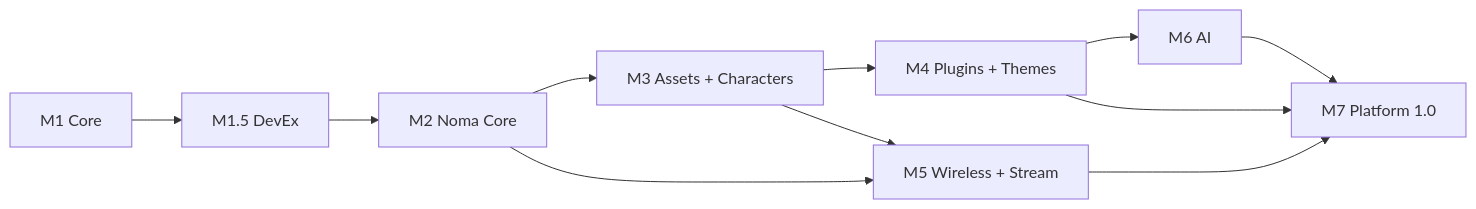
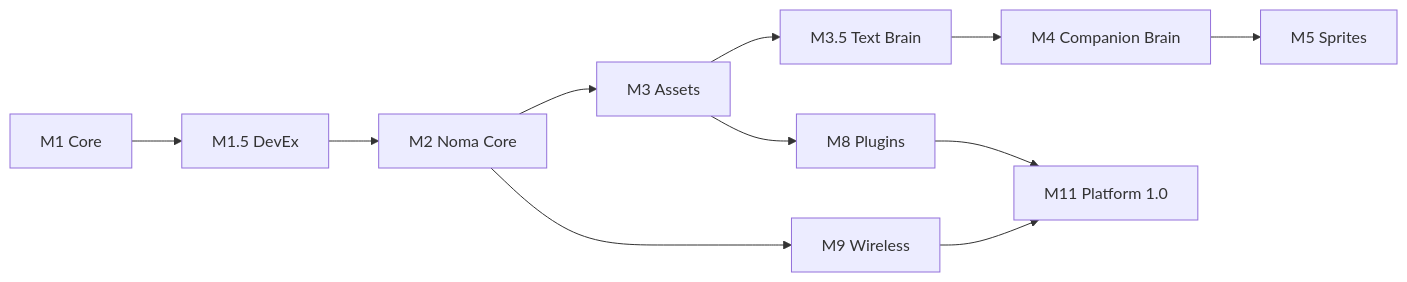
The diagram in docs/10_ROADMAP.md (ProgrammerNomad/NomaBot), drawn with Mermaid before and after one commit. The commit also changed other lines of this file and 44 other files, not shown here.

First line of the commit message:
Milestone 4: Companion Brain (v0.4.0)

````diff
--- a/docs/10_ROADMAP.md
+++ b/docs/10_ROADMAP.md
@@ -260,22 +311,24 @@
 ```mermaid
 flowchart LR
     M1[M1 Core]
     M15[M1.5 DevEx]
     M2[M2 Noma Core]
-    M3[M3 Assets + Characters]
-    M4[M4 Plugins + Themes]
-    M5[M5 Wireless + Stream]
-    M6[M6 AI]
-    M7[M7 Platform 1.0]
+    M3[M3 Assets]
+    M35[M3.5 Text Brain]
+    M4[M4 Companion Brain]
+    M5[M5 Sprites]
+    M8[M8 Plugins]
+    M9[M9 Wireless]
+    M11[M11 Platform 1.0]
 
     M1 --> M15
     M15 --> M2
     M2 --> M3
-    M3 --> M4
-    M2 --> M5
-    M3 --> M5
-    M4 --> M6
-    M4 --> M7
-    M5 --> M7
-    M6 --> M7
+    M3 --> M35
+    M35 --> M4
+    M4 --> M5
+    M3 --> M8
+    M2 --> M9
+    M8 --> M11
+    M9 --> M11
 ```
````
